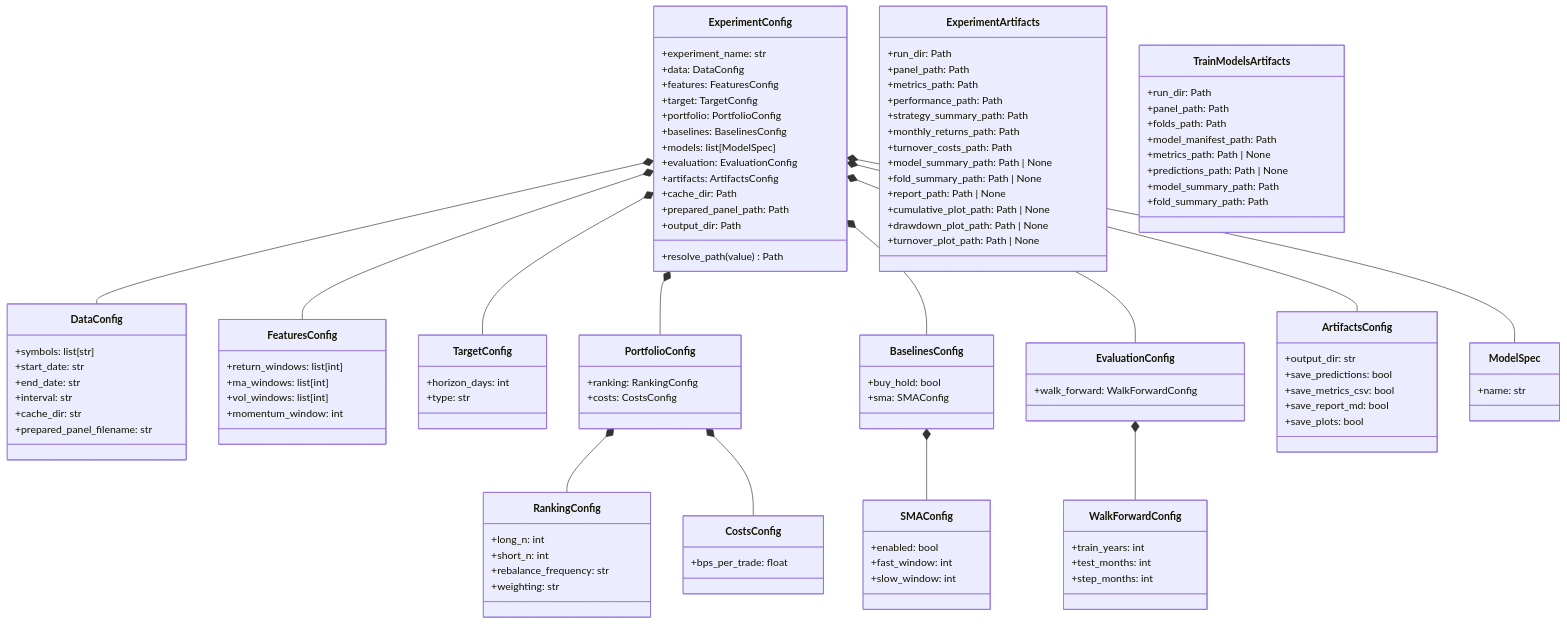
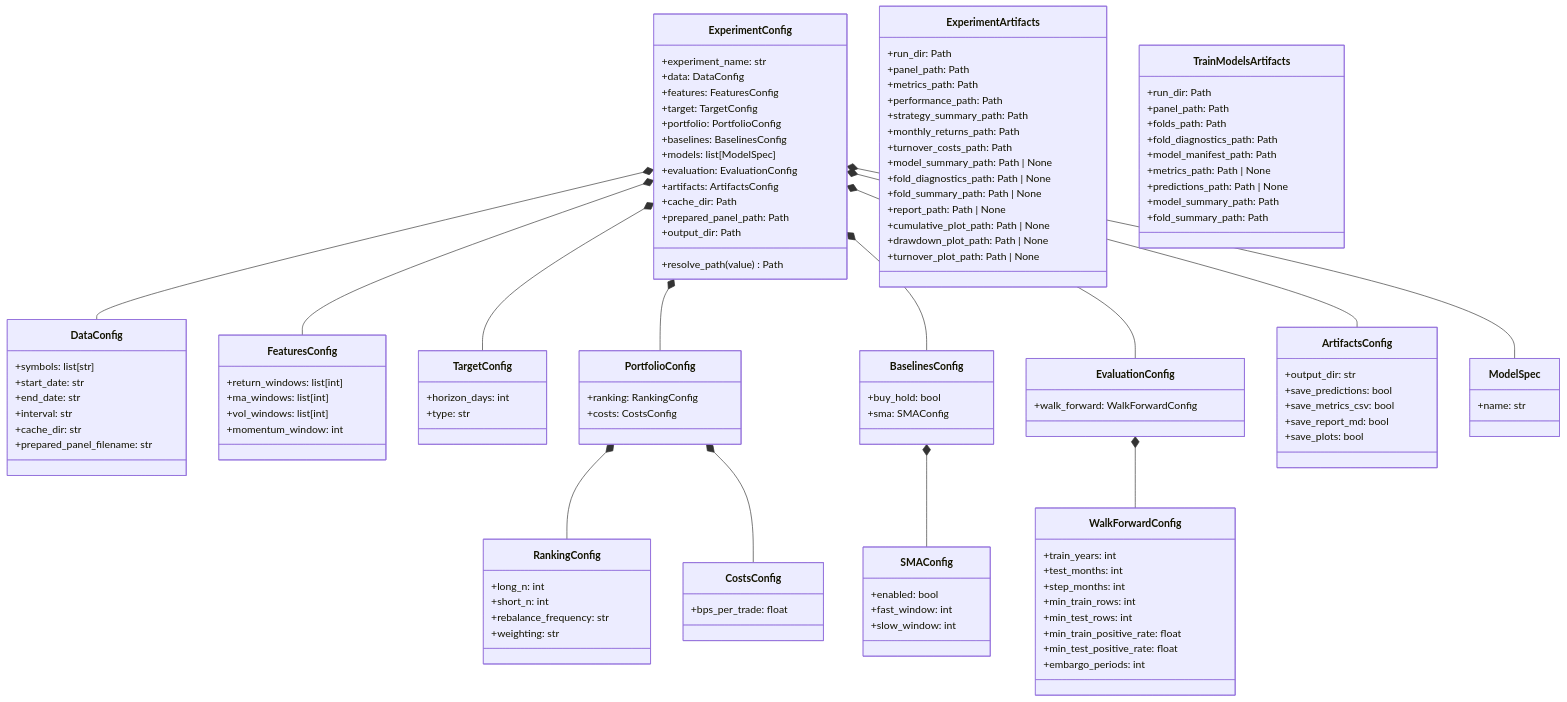
One commit to ricardogr07/market-lab changed the sixth of 6 diagrams in ARCHITECTURE.md. Above: the diagram before and after it, drawn with Mermaid. The commit also changed other lines of this file and 2 other files, not shown here.

Commit message:
feat: surface walk-forward diagnostics in reporting

```diff
--- a/ARCHITECTURE.md
+++ b/ARCHITECTURE.md
@@ -322,6 +325,11 @@
       +train_years: int
       +test_months: int
       +step_months: int
+      +min_train_rows: int
+      +min_test_rows: int
+      +min_train_positive_rate: float
+      +min_test_positive_rate: float
+      +embargo_periods: int
     }
 
     class ArtifactsConfig {
@@ -345,6 +353,7 @@
       +monthly_returns_path: Path
       +turnover_costs_path: Path
       +model_summary_path: Path | None
+      +fold_diagnostics_path: Path | None
       +fold_summary_path: Path | None
       +report_path: Path | None
       +cumulative_plot_path: Path | None
@@ -356,6 +365,7 @@
       +run_dir: Path
       +panel_path: Path
       +folds_path: Path
+      +fold_diagnostics_path: Path
       +model_manifest_path: Path
       +metrics_path: Path | None
       +predictions_path: Path | None
```
